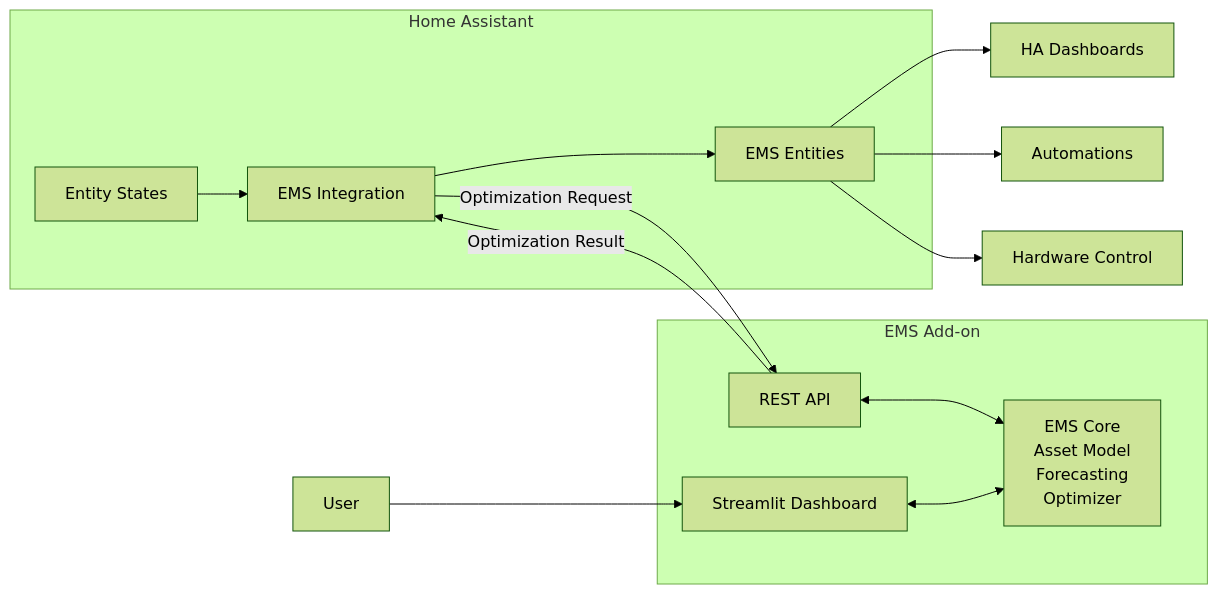
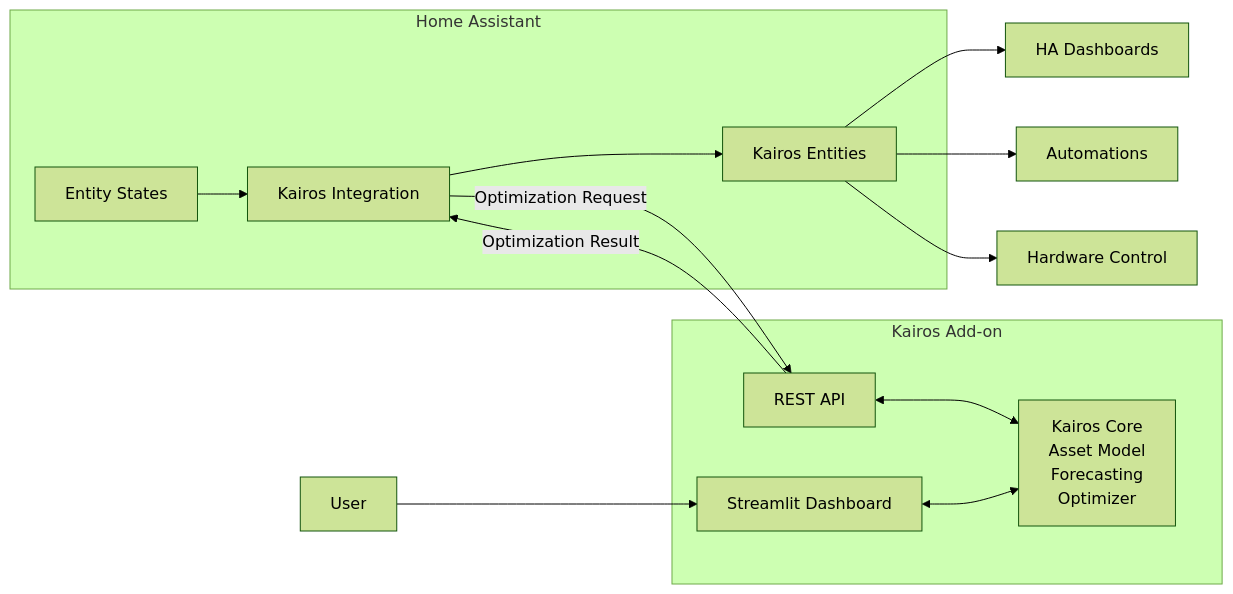
Before and after one commit to janeaujanssen/Kairos: the first of 4 diagrams in ha_integration_architecture.md, drawn with Mermaid (forest theme). The commit also changed other lines of this file and 2 other files, not shown here.

````diff
--- a/ha_integration_architecture.md
+++ b/ha_integration_architecture.md
@@ -12,32 +14,32 @@
 ```mermaid
 flowchart LR
 
     subgraph HA["Home Assistant"]
         ENT["Entity States"]
-        INT["EMS Integration"]
-        EMSENT["EMS Entities"]
+        INT["Kairos Integration"]
+        EMSENT["Kairos Entities"]
 
         ENT --> INT
         INT --> EMSENT
     end
 
-    subgraph ADDON["EMS Add-on"]
+    subgraph ADDON["Kairos Add-on"]
         API["REST API"]
 
-        CORE["EMS Core<br/>Asset Model<br/>Forecasting<br/>Optimizer"]
+        CORE["Kairos Core<br/>Asset Model<br/>Forecasting<br/>Optimizer"]
 
         UI["Streamlit Dashboard"]
 
         API <--> CORE
         UI <--> CORE
     end
 
     INT -->|Optimization Request| API
     API -->|Optimization Result| INT
 
     EMSENT --> DASH["HA Dashboards"]
     EMSENT --> AUTO["Automations"]
     EMSENT --> HW["Hardware Control"]
 
     USER["User"] --> UI
 ```
````
